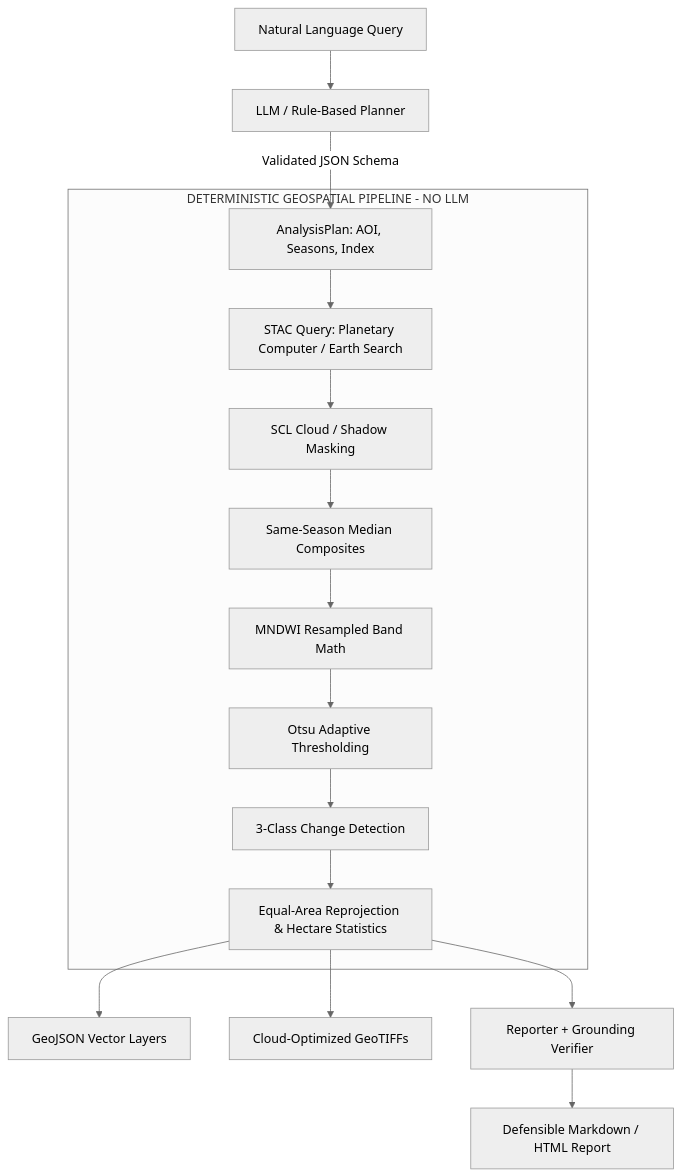
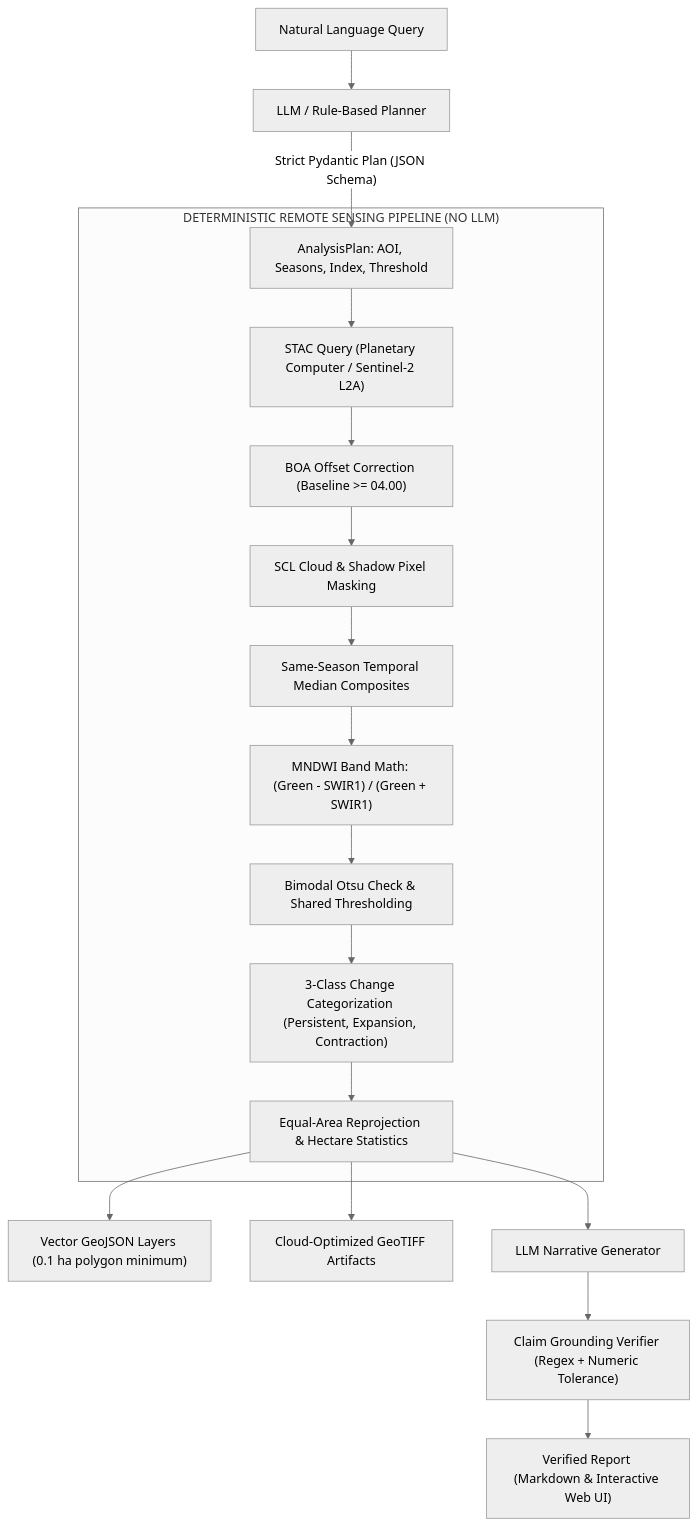
The diagram in README.md (sahariya-divyansh/satellite-image-analyst), drawn with Mermaid (neutral theme) before and after one commit. The commit also changed other lines of this file and 6 other files, not shown here.

````diff
--- a/README.md
+++ b/README.md
@@ -52,20 +41,22 @@
 ```mermaid
 flowchart TD
-    NL[Natural Language Query] --> Planner[LLM / Rule-Based Planner]
-    Planner -->|Validated JSON Schema| Plan[AnalysisPlan: AOI, Seasons, Index]
+    NL["Natural Language Query"] --> Planner["LLM / Rule-Based Planner"]
+    Planner -->|"Strict Pydantic Plan (JSON Schema)"| Plan["AnalysisPlan: AOI, Seasons, Index, Threshold"]
     
-    subgraph Deterministic Boundary [DETERMINISTIC GEOSPATIAL PIPELINE - NO LLM]
-        Plan --> STAC[STAC Query: Planetary Computer / Earth Search]
-        STAC --> Mask[SCL Cloud / Shadow Masking]
-        Mask --> Composite[Same-Season Median Composites]
-        Composite --> Index[MNDWI Resampled Band Math]
-        Index --> Otsu[Otsu Adaptive Thresholding]
-        Otsu --> Change[3-Class Change Detection]
-        Change --> Stats[Equal-Area Reprojection & Hectare Statistics]
+    subgraph Deterministic Boundary ["DETERMINISTIC REMOTE SENSING PIPELINE (NO LLM)"]
+        Plan --> STAC["STAC Query (Planetary Computer / Sentinel-2 L2A)"]
+        STAC --> BOA["BOA Offset Correction (Baseline >= 04.00)"]
+        BOA --> Mask["SCL Cloud & Shadow Pixel Masking"]
+        Mask --> Composite["Same-Season Temporal Median Composites"]
+        Composite --> Index["MNDWI Band Math: (Green - SWIR1) / (Green + SWIR1)"]
+        Index --> Otsu["Bimodal Otsu Check & Shared Thresholding"]
+        Otsu --> Change["3-Class Change Categorization (Persistent, Expansion, Contraction)"]
+        Change --> Stats["Equal-Area Reprojection & Hectare Statistics"]
     end
 
-    Stats --> GeoJSON[GeoJSON Vector Layers]
-    Stats --> COG[Cloud-Optimized GeoTIFFs]
-    Stats --> Reporter[Reporter + Grounding Verifier]
-    Reporter --> Report[Defensible Markdown / HTML Report]
+    Stats --> GeoJSON["Vector GeoJSON Layers (0.1 ha polygon minimum)"]
+    Stats --> COG["Cloud-Optimized GeoTIFF Artifacts"]
+    Stats --> Reporter["LLM Narrative Generator"]
+    Reporter --> Verifier["Claim Grounding Verifier (Regex + Numeric Tolerance)"]
+    Verifier --> Report["Verified Report (Markdown & Interactive Web UI)"]
 ```
````
